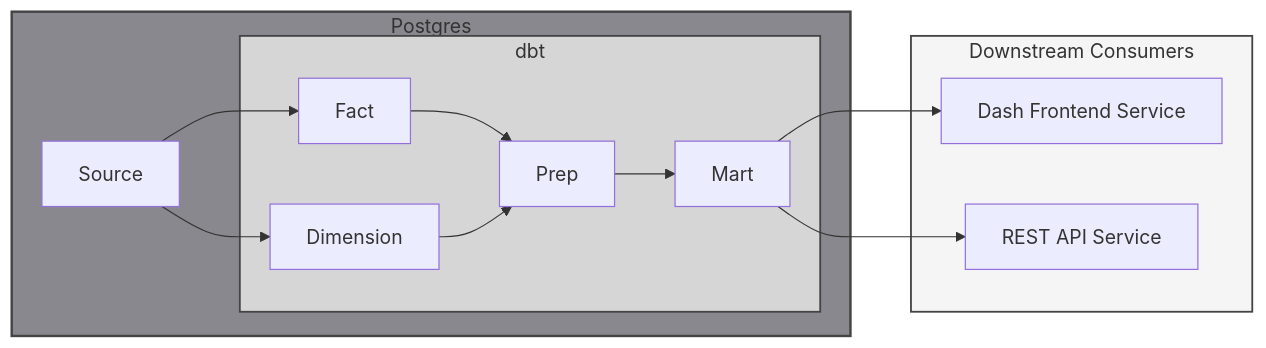
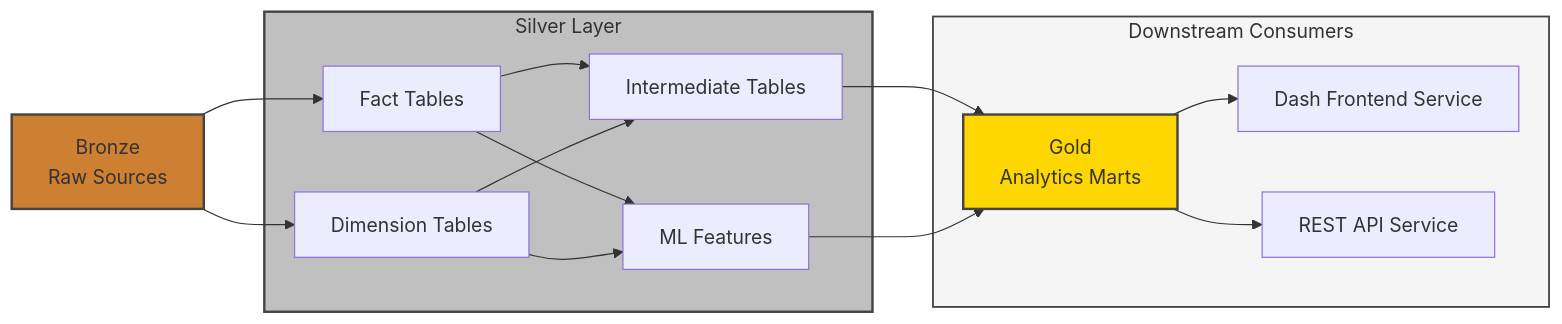
The first of 2 diagrams in src/content/docs/services/dbt.md (jyablonski/doqs), drawn with Mermaid before and after one commit. The commit also changed other lines of this file and 32 other files, not shown here.

First line of the commit message:
rearchitecture update (#16)

````diff
--- a/src/content/docs/services/dbt.md
+++ b/src/content/docs/services/dbt.md
@@ -16,29 +17,30 @@
-``` mermaid
+```mermaid
 graph LR
+    Bronze[Bronze<br/>Raw Sources] --> Fact[Fact Tables]
+    Bronze --> Dim[Dimension Tables]
 
-    subgraph PostgresDB[Postgres]
-        NBA[Source]
-        
-        subgraph DBT_Models[dbt]
-            FACT[Fact]
-            DIM[Dimension]
-            PREP[Prep]
-            MART[Mart]
-        end
+    Fact --> Int[Intermediate Tables]
+    Dim --> Int
+    Fact --> ML[ML Features]
+    Dim --> ML
 
-        NBA --> FACT
-        NBA --> DIM
-        FACT & DIM --> PREP
-        PREP --> MART
+    Int --> Gold[Gold<br/>Analytics Marts]
+    ML --> Gold
+
+    subgraph Silver[Silver Layer]
+        Fact
+        Dim
+        Int
+        ML
     end
 
     subgraph Downstream_Consumers[Downstream Consumers]
-        MART --> DASH[Dash Frontend Service]
-        MART --> API[REST API Service]
+        Gold --> DASH[Dash Frontend Service]
+        Gold --> API[REST API Service]
     end
 
-    style PostgresDB fill:#89888f,stroke:#444,stroke-width:2px
-    style DBT_Models fill:#d6d6d6,stroke:#444,stroke-width:1.5px
+    style Bronze fill:#cd7f32,stroke:#444,stroke-width:2px
+    style Silver fill:#c0c0c0,stroke:#444,stroke-width:2px
+    style Gold fill:#ffd700,stroke:#444,stroke-width:2px
     style Downstream_Consumers fill:#f5f5f5,stroke:#444,stroke-width:1.5px
-
 ```
````
